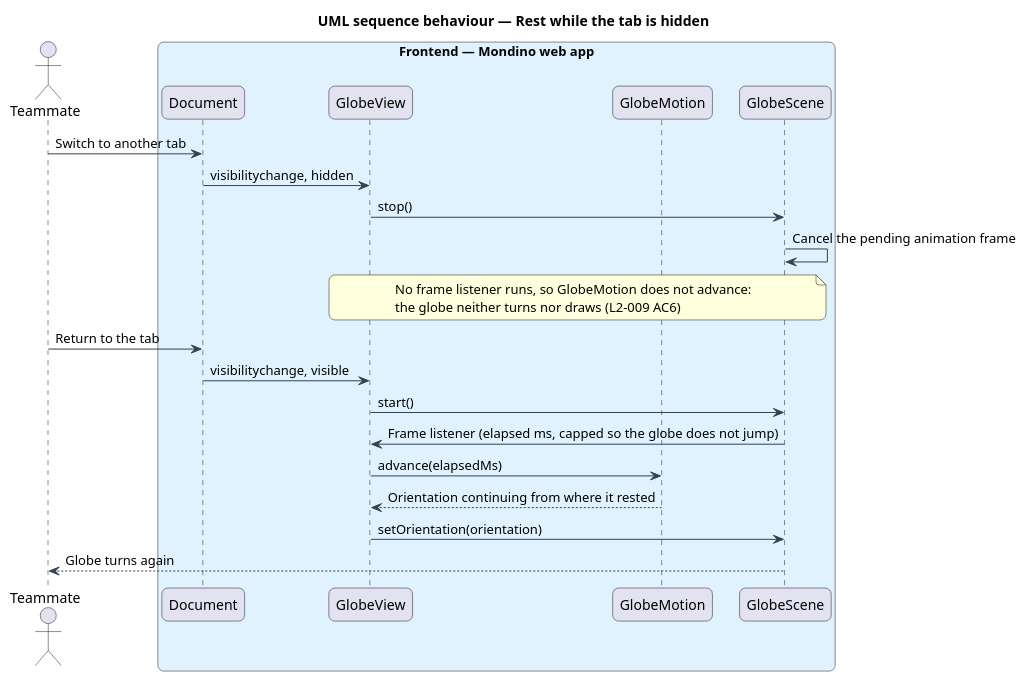
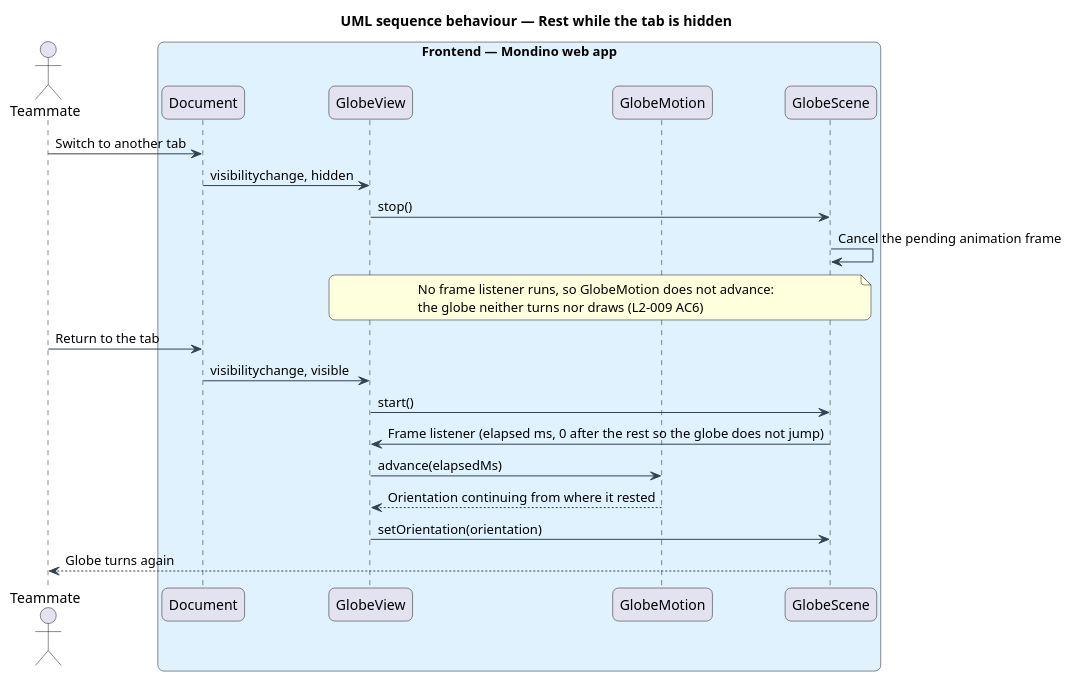
One commit to QuinntyneBrown/Mondino changed the diagram in docs/detailed-designs/globe/turn-globe/diagrams/sequence-rest-while-hidden.puml. Above: the diagram before and after it, drawn with PlantUML. The commit also changed 16 other files, not shown here.

First line of the commit message:
Measure the globe's turn in time, so a spec moves the clock in one frame

```diff
--- a/docs/detailed-designs/globe/turn-globe/diagrams/sequence-rest-while-hidden.puml
+++ b/docs/detailed-designs/globe/turn-globe/diagrams/sequence-rest-while-hidden.puml
@@ -1,37 +1,37 @@
 @startuml
 title UML sequence behaviour — Rest while the tab is hidden
 skinparam backgroundColor #FFFFFF
 skinparam shadowing false
 skinparam roundcorner 12
 skinparam defaultFontName Arial
 skinparam ArrowColor #344054
 skinparam rectangle {
   BorderColor #344054
   FontColor #101828
 }
 skinparam package {
   BorderColor #667085
   FontColor #101828
   BackgroundColor #F9FAFB
 }
 actor "Teammate" as actor
 box "Frontend — Mondino web app" #E0F2FE
   participant "Document" as doc
   participant "GlobeView" as view
   participant "GlobeMotion" as motion
   participant "GlobeScene" as scene
 end box
 actor -> doc : Switch to another tab
 doc -> view : visibilitychange, hidden
 view -> scene : stop()
 scene -> scene : Cancel the pending animation frame
 note over view, scene : No frame listener runs, so GlobeMotion does not advance:\nthe globe neither turns nor draws (L2-009 AC6)
 actor -> doc : Return to the tab
 doc -> view : visibilitychange, visible
 view -> scene : start()
-scene -> view : Frame listener (elapsed ms, capped so the globe does not jump)
+scene -> view : Frame listener (elapsed ms, 0 after the rest so the globe does not jump)
 view -> motion : advance(elapsedMs)
 motion --> view : Orientation continuing from where it rested
 view -> scene : setOrientation(orientation)
 scene --> actor : Globe turns again
 @enduml
```
